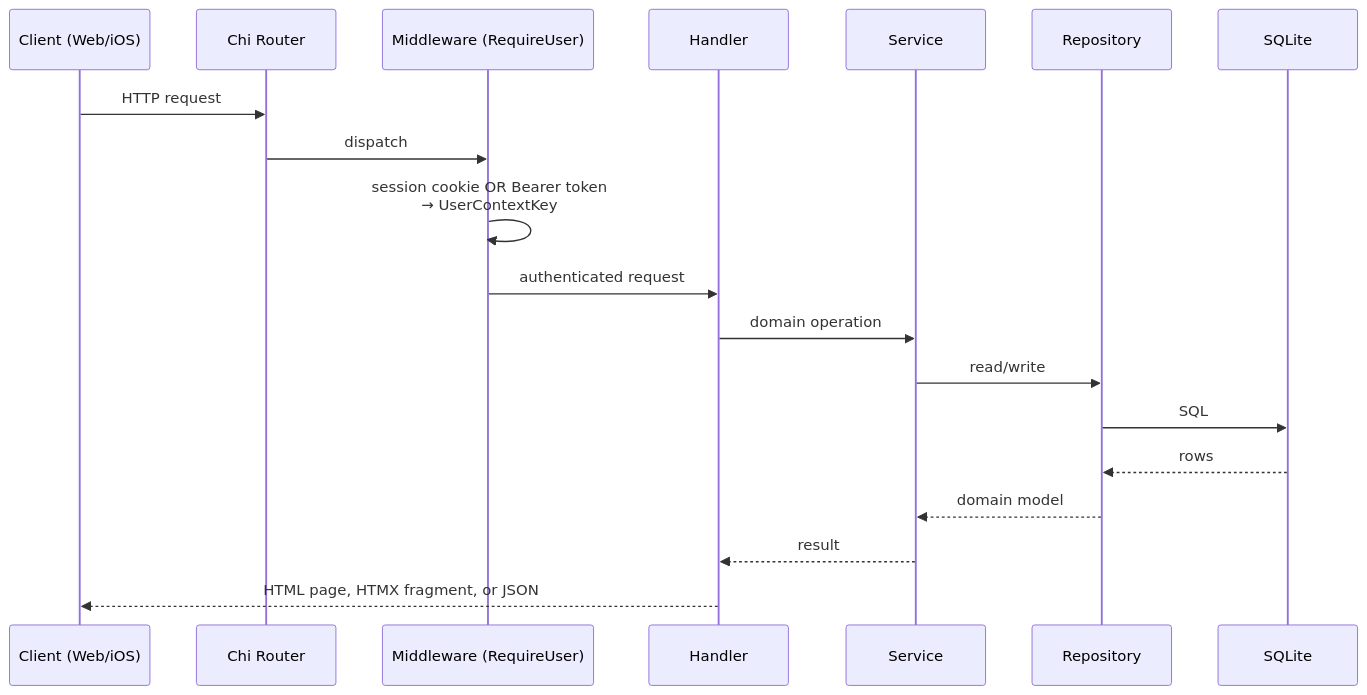
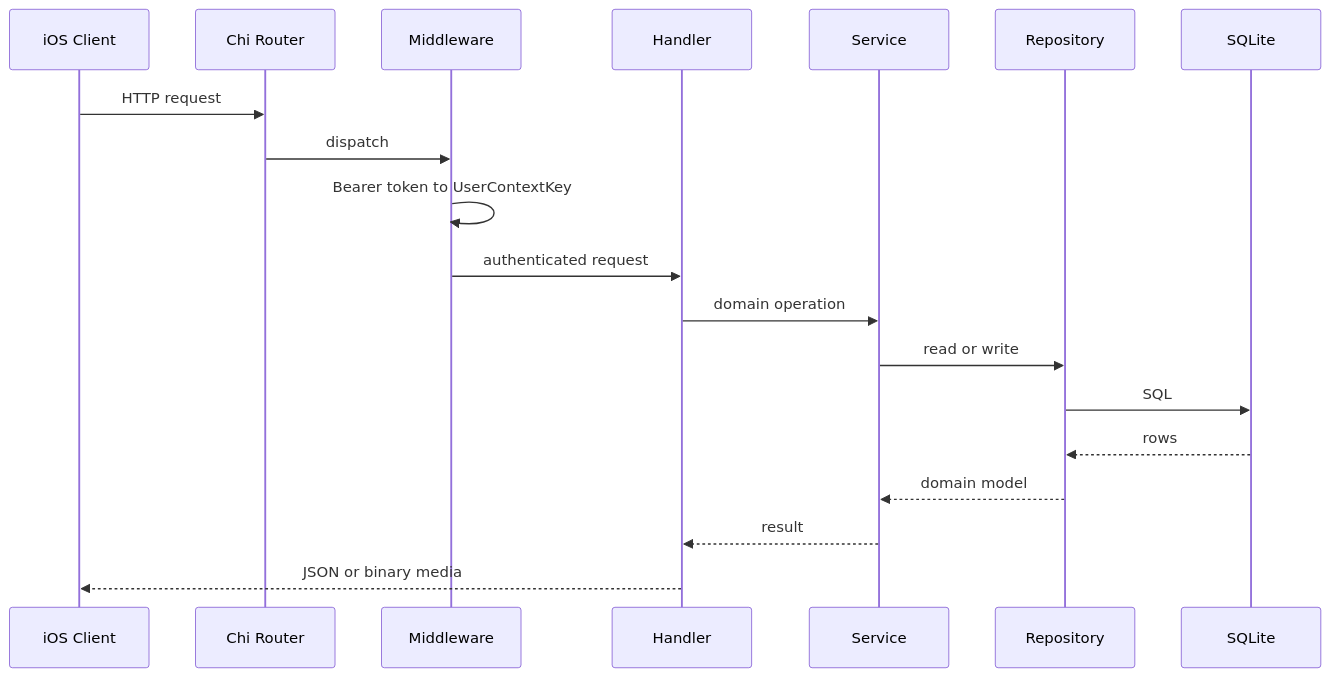
The second of 3 diagrams in docs/ARCHITECTURE.md (BenSuskins/family-hub), drawn with Mermaid before and after one commit. The commit also changed other lines of this file and 78 other files, not shown here.

````diff
--- a/docs/ARCHITECTURE.md
+++ b/docs/ARCHITECTURE.md
@@ -40,21 +36,21 @@
 ```mermaid
 sequenceDiagram
-    participant C as Client (Web/iOS)
+    participant C as iOS Client
     participant R as Chi Router
-    participant M as Middleware (RequireUser)
+    participant M as Middleware
     participant H as Handler
     participant S as Service
     participant Repo as Repository
     participant DB as SQLite
     C->>R: HTTP request
     R->>M: dispatch
-    M->>M: session cookie OR Bearer token<br/>→ UserContextKey
+    M->>M: Bearer token to UserContextKey
     M->>H: authenticated request
     H->>S: domain operation
-    S->>Repo: read/write
+    S->>Repo: read or write
     Repo->>DB: SQL
     DB-->>Repo: rows
     Repo-->>S: domain model
     S-->>H: result
-    H-->>C: HTML page, HTMX fragment, or JSON
+    H-->>C: JSON or binary media
 ```
````
